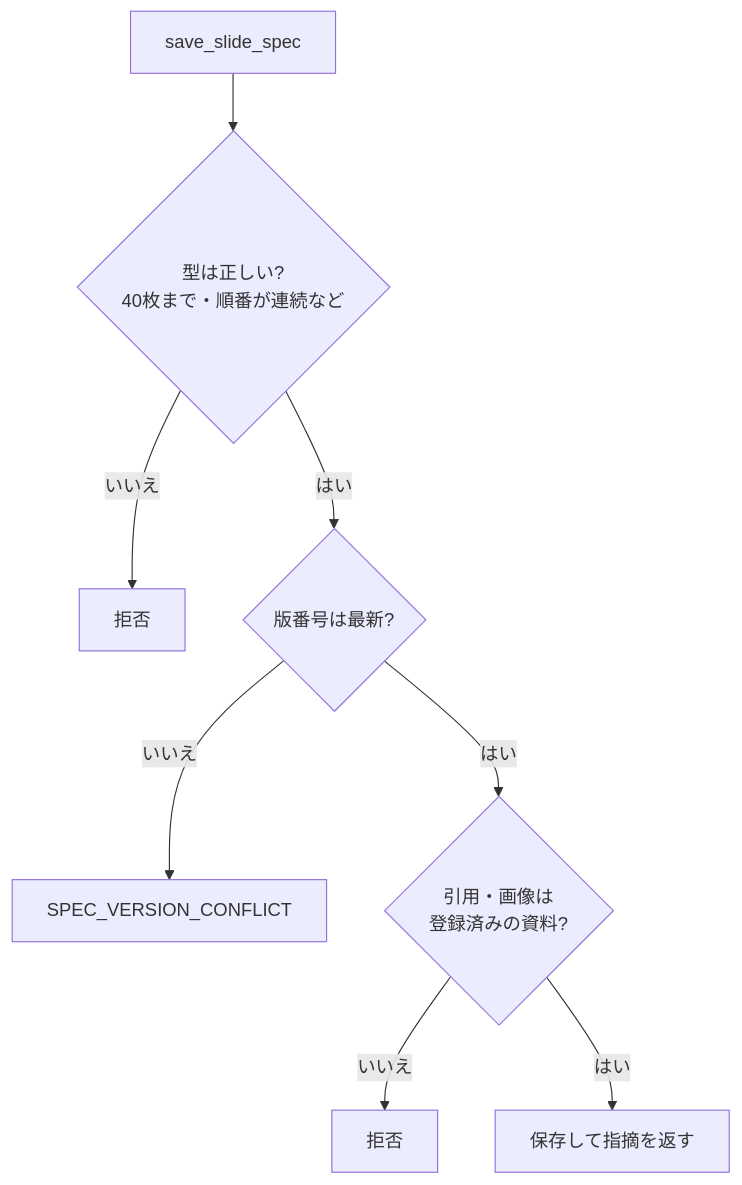
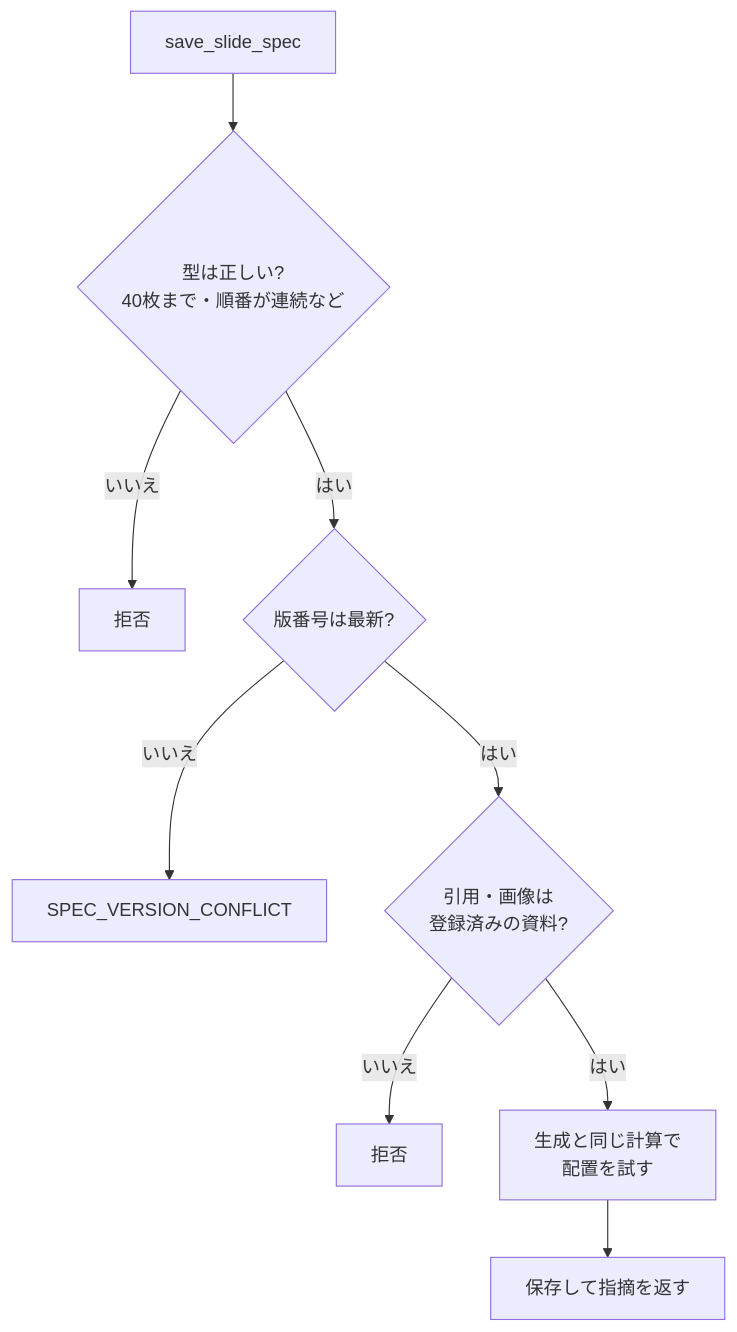
The fourth of 4 diagrams in docs/06-content.md (cercil0605/ResearchSlideAgent), drawn with Mermaid before and after one commit. The commit also changed other lines of this file and 15 other files, not shown here.

````diff
--- a/docs/06-content.md
+++ b/docs/06-content.md
@@ -85,10 +85,11 @@
 ```mermaid
 flowchart TD
     S[save_slide_spec] --> A{型は正しい?<br/>40枚まで・順番が連続など}
     A -->|いいえ| E1[拒否]
     A -->|はい| B{版番号は最新?}
     B -->|いいえ| E2[SPEC_VERSION_CONFLICT]
     B -->|はい| C{引用・画像は<br/>登録済みの資料?}
     C -->|いいえ| E3[拒否]
-    C -->|はい| D[保存して指摘を返す]
+    C -->|はい| F[生成と同じ計算で<br/>配置を試す]
+    F --> D[保存して指摘を返す]
 ```
````
